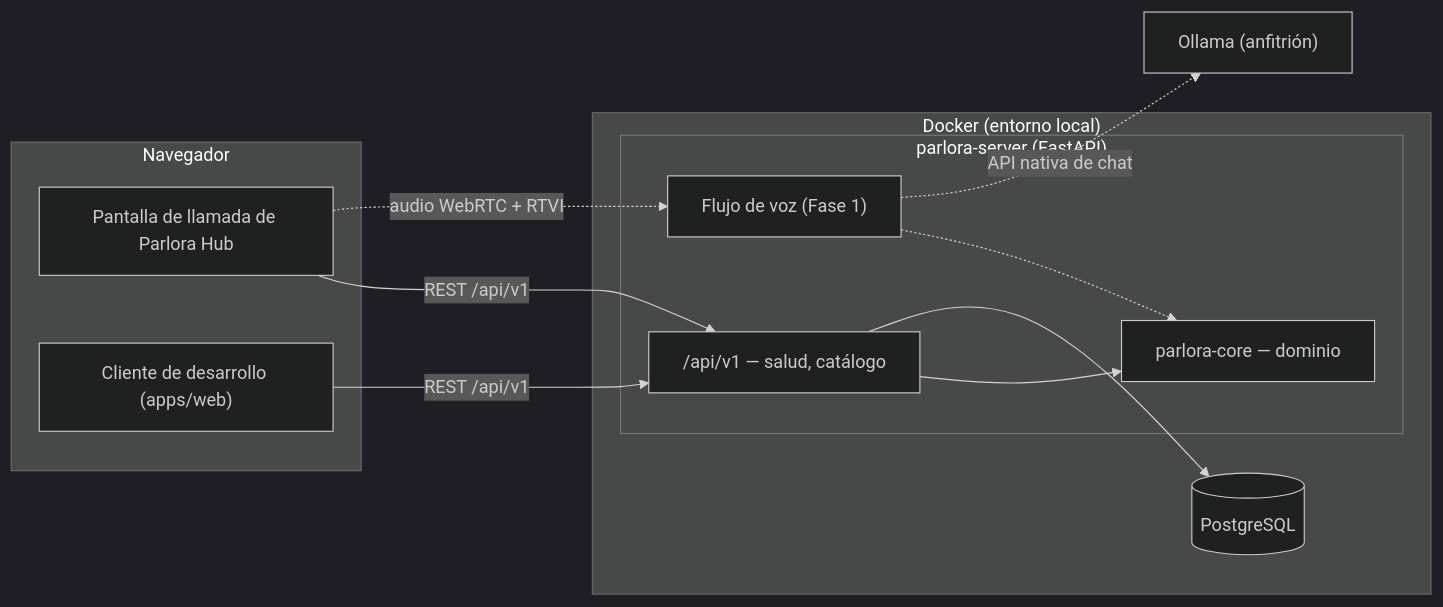
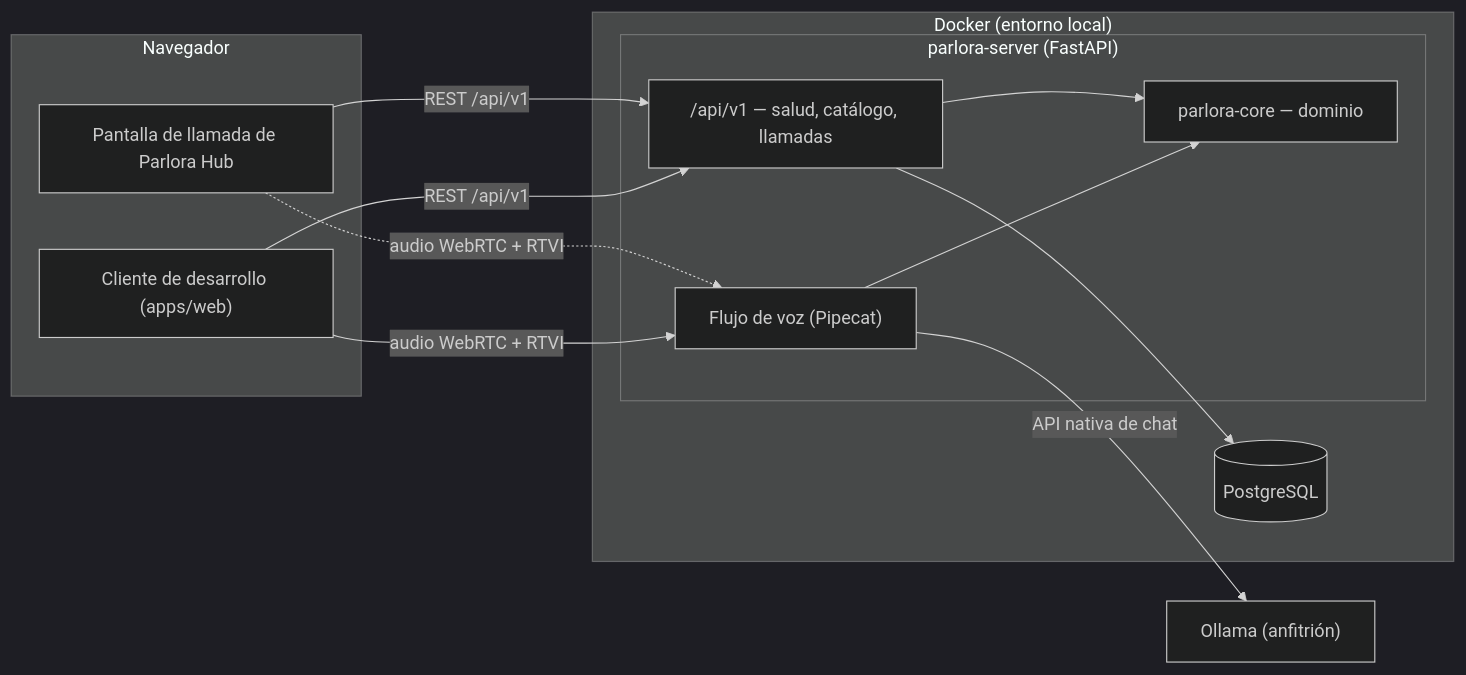
The diagram in README.es.md (Mvh18/parlora-tutor), drawn with Mermaid (dark theme) before and after one commit. The commit also changed other lines of this file and 49 other files, not shown here.

````diff
--- a/README.es.md
+++ b/README.es.md
@@ -46,23 +46,24 @@
 ```mermaid
 flowchart LR
     subgraph browser["Navegador"]
         hub["Pantalla de llamada de Parlora Hub"]
         dev["Cliente de desarrollo (apps/web)"]
     end
     subgraph docker["Docker (entorno local)"]
         subgraph server["parlora-server (FastAPI)"]
-            api["/api/v1 — salud, catálogo"]
-            voice["Flujo de voz (Fase 1)"]
+            api["/api/v1 — salud, catálogo, llamadas"]
+            voice["Flujo de voz (Pipecat)"]
             core["parlora-core — dominio"]
         end
         db[("PostgreSQL")]
     end
     llm["Ollama (anfitrión)"]
     hub -- "REST /api/v1" --> api
     dev -- "REST /api/v1" --> api
     hub -. "audio WebRTC + RTVI" .-> voice
+    dev -- "audio WebRTC + RTVI" --> voice
     api --> core
-    voice -.-> core
+    voice --> core
     api --> db
-    voice -. "API nativa de chat" .-> llm
+    voice -- "API nativa de chat" --> llm
 ```
````
